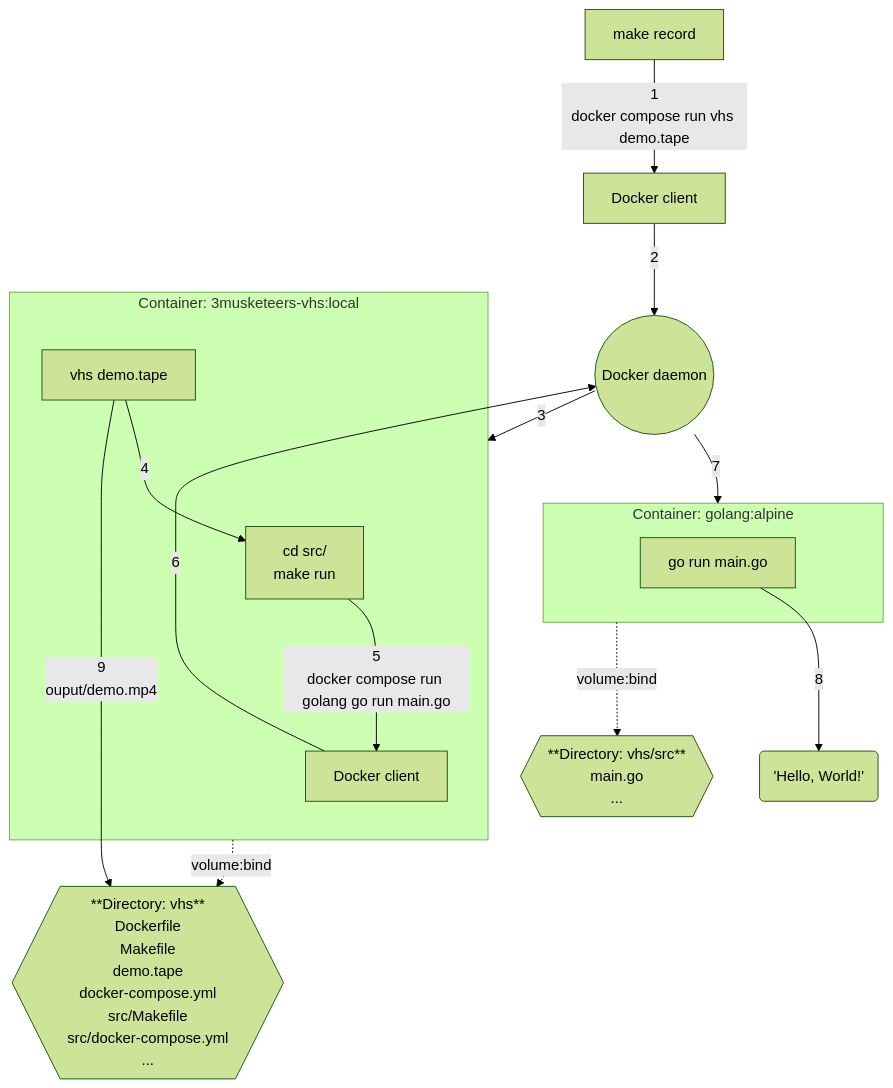
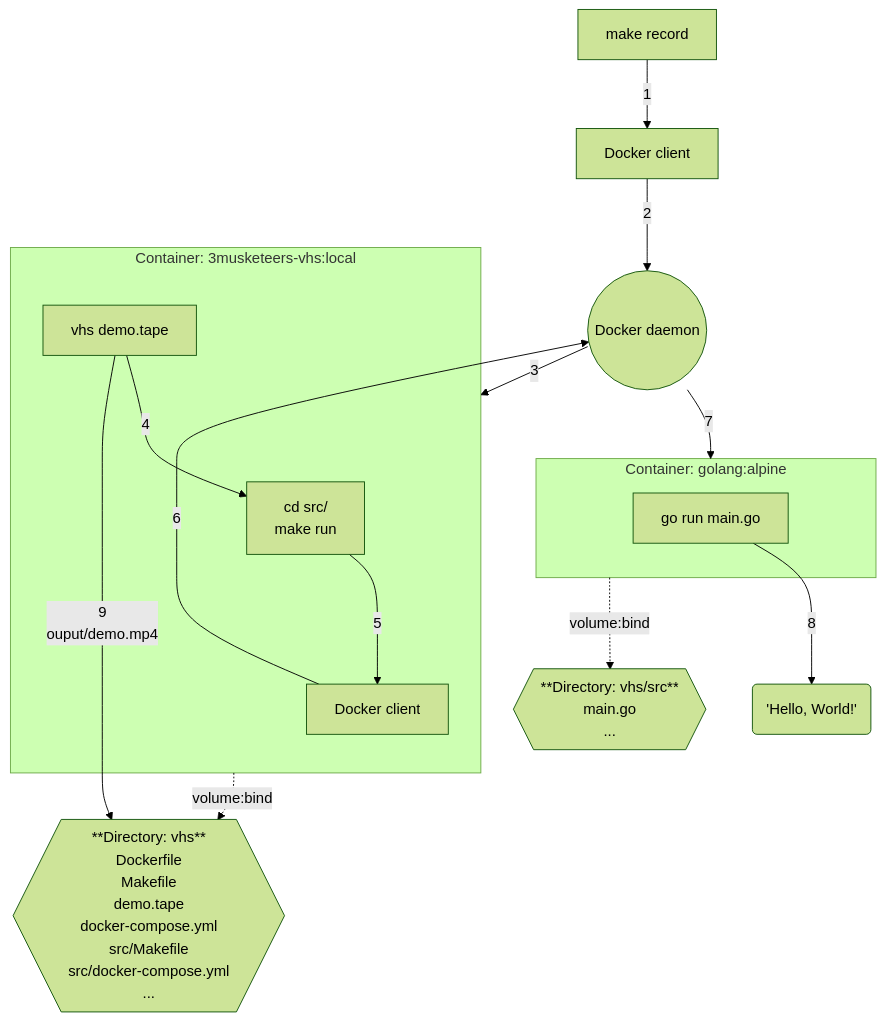
The diagram in vhs/README.md (flemay/3musketeers), drawn with Mermaid (forest theme) before and after one commit.

````diff
--- a/vhs/README.md
+++ b/vhs/README.md
@@ -24,31 +24,31 @@
 ```mermaid
 graph TB
-    make-record[make record]-->|1\ndocker compose run vhs demo.tape|host-docker-client[Docker client]
+    make-record[make record]-->|1|host-docker-client[Docker client]
     host-docker-client-->|2|docker-daemon((Docker daemon))
     subgraph vhs-local-container [Container: 3musketeers-vhs:local]
     vhs[vhs demo.tape]-->|4|make-run[cd src/
     make run]
-    make-run-->|5\ndocker compose run golang go run main.go|docker-client[Docker client]
+    make-run-->|5|docker-client[Docker client]
     end
     docker-daemon-->|3|vhs-local-container
     docker-client-->|6|docker-daemon
     dir-vhs{{"**Directory: vhs**
     Dockerfile
     Makefile
     demo.tape
     docker-compose.yml
     src/Makefile
     src/docker-compose.yml
     ..."}}
     vhs-local-container-..->|volume:bind|dir-vhs
     docker-daemon-->|7|golang-alpine-container
     subgraph golang-alpine-container [Container: golang:alpine]
         go-run[go run main.go]
     end
     dir-vhs-src{{"**Directory: vhs/src**
     main.go
     ..."}}
     golang-alpine-container-.->|volume:bind|dir-vhs-src
     go-run-->|8|hello-world('Hello, World!')
     vhs-->|9\nouput/demo.mp4|dir-vhs
 ```
````
